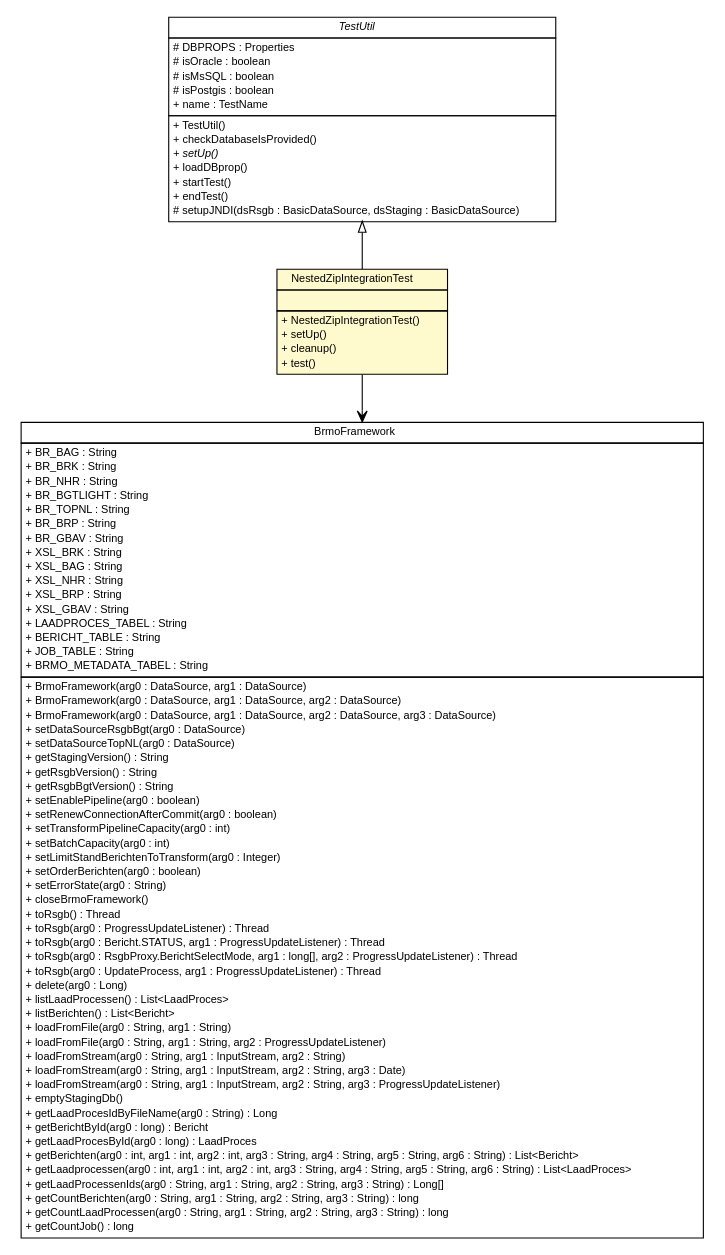
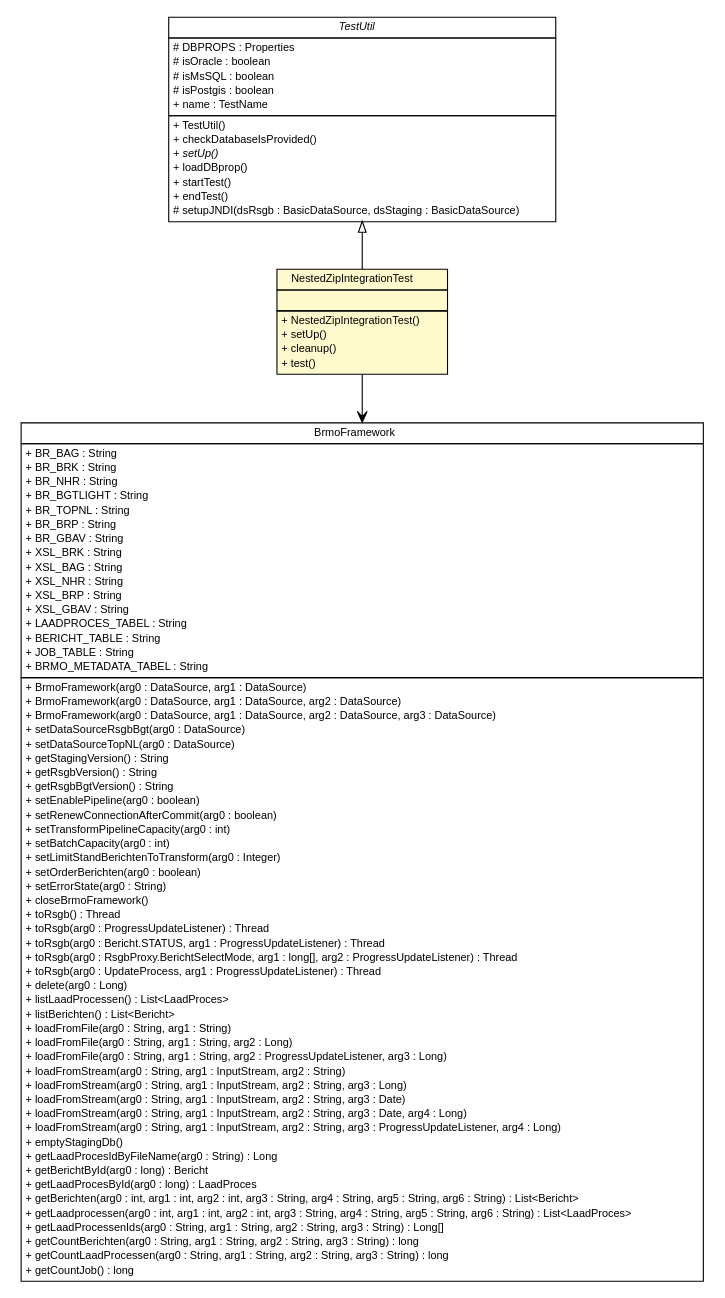
Before and after one commit to B3Partners/brmo: the diagram in brmo-service/testapidocs/nl/b3p/brmo/zip/NestedZipIntegrationTest.dot, drawn with Graphviz. The commit also changed 4551 other files, not shown here.

```diff
--- a/brmo-service/testapidocs/nl/b3p/brmo/zip/NestedZipIntegrationTest.dot
+++ b/brmo-service/testapidocs/nl/b3p/brmo/zip/NestedZipIntegrationTest.dot
@@ -1,118 +1,121 @@
 #!/usr/local/bin/dot
 #
 # Class diagram 
 # Generated by UMLGraph version R5_6-24-gf6e263 (http://www.umlgraph.org/)
 #
 
 digraph G {
 	edge [fontname="Helvetica",fontsize=10,labelfontname="Helvetica",labelfontsize=10];
 	node [fontname="Helvetica",fontsize=10,shape=plaintext];
 	nodesep=0.25;
 	ranksep=0.5;
 	// nl.b3p.brmo.zip.NestedZipIntegrationTest
 	c101 [label=<<table title="nl.b3p.brmo.zip.NestedZipIntegrationTest" border="0" cellborder="1" cellspacing="0" cellpadding="2" port="p" bgcolor="lemonChiffon" href="./NestedZipIntegrationTest.html">
 		<tr><td><table border="0" cellspacing="0" cellpadding="1">
 <tr><td align="center" balign="center"> NestedZipIntegrationTest </td></tr>
 		</table></td></tr>
 		<tr><td><table border="0" cellspacing="0" cellpadding="1">
 <tr><td align="left" balign="left">  </td></tr>
 		</table></td></tr>
 		<tr><td><table border="0" cellspacing="0" cellpadding="1">
 <tr><td align="left" balign="left"> + NestedZipIntegrationTest() </td></tr>
 <tr><td align="left" balign="left"> + setUp() </td></tr>
 <tr><td align="left" balign="left"> + cleanup() </td></tr>
 <tr><td align="left" balign="left"> + test() </td></tr>
 		</table></td></tr>
 		</table>>, URL="./NestedZipIntegrationTest.html", fontname="Helvetica", fontcolor="black", fontsize=10.0];
 	// nl.b3p.brmo.service.testutil.TestUtil
 	c104 [label=<<table title="nl.b3p.brmo.service.testutil.TestUtil" border="0" cellborder="1" cellspacing="0" cellpadding="2" port="p" href="../service/testutil/TestUtil.html">
 		<tr><td><table border="0" cellspacing="0" cellpadding="1">
 <tr><td align="center" balign="center"><font face="Helvetica-Oblique"> TestUtil </font></td></tr>
 		</table></td></tr>
 		<tr><td><table border="0" cellspacing="0" cellpadding="1">
 <tr><td align="left" balign="left"> # DBPROPS : Properties </td></tr>
 <tr><td align="left" balign="left"> # isOracle : boolean </td></tr>
 <tr><td align="left" balign="left"> # isMsSQL : boolean </td></tr>
 <tr><td align="left" balign="left"> # isPostgis : boolean </td></tr>
 <tr><td align="left" balign="left"> + name : TestName </td></tr>
 		</table></td></tr>
 		<tr><td><table border="0" cellspacing="0" cellpadding="1">
 <tr><td align="left" balign="left"> + TestUtil() </td></tr>
 <tr><td align="left" balign="left"> + checkDatabaseIsProvided() </td></tr>
 <tr><td align="left" balign="left"><font face="Helvetica-Oblique" point-size="10.0"> + setUp() </font></td></tr>
 <tr><td align="left" balign="left"> + loadDBprop() </td></tr>
 <tr><td align="left" balign="left"> + startTest() </td></tr>
 <tr><td align="left" balign="left"> + endTest() </td></tr>
 <tr><td align="left" balign="left"> # setupJNDI(dsRsgb : BasicDataSource, dsStaging : BasicDataSource) </td></tr>
 		</table></td></tr>
 		</table>>, URL="../service/testutil/TestUtil.html", fontname="Helvetica", fontcolor="black", fontsize=10.0];
 	//nl.b3p.brmo.zip.NestedZipIntegrationTest extends nl.b3p.brmo.service.testutil.TestUtil
 	c104:p -> c101:p [dir=back,arrowtail=empty];
 	// nl.b3p.brmo.zip.NestedZipIntegrationTest NAVASSOC nl.b3p.brmo.loader.BrmoFramework
 	c101:p -> c109:p [taillabel="", label="", headlabel="", fontname="Helvetica", fontcolor="black", fontsize=10.0, color="black", arrowhead=open];
 	// nl.b3p.brmo.loader.BrmoFramework
 	c109 [label=<<table title="nl.b3p.brmo.loader.BrmoFramework" border="0" cellborder="1" cellspacing="0" cellpadding="2" port="p">
 		<tr><td><table border="0" cellspacing="0" cellpadding="1">
 <tr><td align="center" balign="center"> BrmoFramework </td></tr>
 		</table></td></tr>
 		<tr><td><table border="0" cellspacing="0" cellpadding="1">
 <tr><td align="left" balign="left"> + BR_BAG : String </td></tr>
 <tr><td align="left" balign="left"> + BR_BRK : String </td></tr>
 <tr><td align="left" balign="left"> + BR_NHR : String </td></tr>
 <tr><td align="left" balign="left"> + BR_BGTLIGHT : String </td></tr>
 <tr><td align="left" balign="left"> + BR_TOPNL : String </td></tr>
 <tr><td align="left" balign="left"> + BR_BRP : String </td></tr>
 <tr><td align="left" balign="left"> + BR_GBAV : String </td></tr>
 <tr><td align="left" balign="left"> + XSL_BRK : String </td></tr>
 <tr><td align="left" balign="left"> + XSL_BAG : String </td></tr>
 <tr><td align="left" balign="left"> + XSL_NHR : String </td></tr>
 <tr><td align="left" balign="left"> + XSL_BRP : String </td></tr>
 <tr><td align="left" balign="left"> + XSL_GBAV : String </td></tr>
 <tr><td align="left" balign="left"> + LAADPROCES_TABEL : String </td></tr>
 <tr><td align="left" balign="left"> + BERICHT_TABLE : String </td></tr>
 <tr><td align="left" balign="left"> + JOB_TABLE : String </td></tr>
 <tr><td align="left" balign="left"> + BRMO_METADATA_TABEL : String </td></tr>
 		</table></td></tr>
 		<tr><td><table border="0" cellspacing="0" cellpadding="1">
 <tr><td align="left" balign="left"> + BrmoFramework(arg0 : DataSource, arg1 : DataSource) </td></tr>
 <tr><td align="left" balign="left"> + BrmoFramework(arg0 : DataSource, arg1 : DataSource, arg2 : DataSource) </td></tr>
 <tr><td align="left" balign="left"> + BrmoFramework(arg0 : DataSource, arg1 : DataSource, arg2 : DataSource, arg3 : DataSource) </td></tr>
 <tr><td align="left" balign="left"> + setDataSourceRsgbBgt(arg0 : DataSource) </td></tr>
 <tr><td align="left" balign="left"> + setDataSourceTopNL(arg0 : DataSource) </td></tr>
 <tr><td align="left" balign="left"> + getStagingVersion() : String </td></tr>
 <tr><td align="left" balign="left"> + getRsgbVersion() : String </td></tr>
 <tr><td align="left" balign="left"> + getRsgbBgtVersion() : String </td></tr>
 <tr><td align="left" balign="left"> + setEnablePipeline(arg0 : boolean) </td></tr>
 <tr><td align="left" balign="left"> + setRenewConnectionAfterCommit(arg0 : boolean) </td></tr>
 <tr><td align="left" balign="left"> + setTransformPipelineCapacity(arg0 : int) </td></tr>
 <tr><td align="left" balign="left"> + setBatchCapacity(arg0 : int) </td></tr>
 <tr><td align="left" balign="left"> + setLimitStandBerichtenToTransform(arg0 : Integer) </td></tr>
 <tr><td align="left" balign="left"> + setOrderBerichten(arg0 : boolean) </td></tr>
 <tr><td align="left" balign="left"> + setErrorState(arg0 : String) </td></tr>
 <tr><td align="left" balign="left"> + closeBrmoFramework() </td></tr>
 <tr><td align="left" balign="left"> + toRsgb() : Thread </td></tr>
 <tr><td align="left" balign="left"> + toRsgb(arg0 : ProgressUpdateListener) : Thread </td></tr>
 <tr><td align="left" balign="left"> + toRsgb(arg0 : Bericht.STATUS, arg1 : ProgressUpdateListener) : Thread </td></tr>
 <tr><td align="left" balign="left"> + toRsgb(arg0 : RsgbProxy.BerichtSelectMode, arg1 : long[], arg2 : ProgressUpdateListener) : Thread </td></tr>
 <tr><td align="left" balign="left"> + toRsgb(arg0 : UpdateProcess, arg1 : ProgressUpdateListener) : Thread </td></tr>
 <tr><td align="left" balign="left"> + delete(arg0 : Long) </td></tr>
 <tr><td align="left" balign="left"> + listLaadProcessen() : List&lt;LaadProces&gt; </td></tr>
 <tr><td align="left" balign="left"> + listBerichten() : List&lt;Bericht&gt; </td></tr>
 <tr><td align="left" balign="left"> + loadFromFile(arg0 : String, arg1 : String) </td></tr>
-<tr><td align="left" balign="left"> + loadFromFile(arg0 : String, arg1 : String, arg2 : ProgressUpdateListener) </td></tr>
+<tr><td align="left" balign="left"> + loadFromFile(arg0 : String, arg1 : String, arg2 : Long) </td></tr>
+<tr><td align="left" balign="left"> + loadFromFile(arg0 : String, arg1 : String, arg2 : ProgressUpdateListener, arg3 : Long) </td></tr>
 <tr><td align="left" balign="left"> + loadFromStream(arg0 : String, arg1 : InputStream, arg2 : String) </td></tr>
+<tr><td align="left" balign="left"> + loadFromStream(arg0 : String, arg1 : InputStream, arg2 : String, arg3 : Long) </td></tr>
 <tr><td align="left" balign="left"> + loadFromStream(arg0 : String, arg1 : InputStream, arg2 : String, arg3 : Date) </td></tr>
-<tr><td align="left" balign="left"> + loadFromStream(arg0 : String, arg1 : InputStream, arg2 : String, arg3 : ProgressUpdateListener) </td></tr>
+<tr><td align="left" balign="left"> + loadFromStream(arg0 : String, arg1 : InputStream, arg2 : String, arg3 : Date, arg4 : Long) </td></tr>
+<tr><td align="left" balign="left"> + loadFromStream(arg0 : String, arg1 : InputStream, arg2 : String, arg3 : ProgressUpdateListener, arg4 : Long) </td></tr>
 <tr><td align="left" balign="left"> + emptyStagingDb() </td></tr>
 <tr><td align="left" balign="left"> + getLaadProcesIdByFileName(arg0 : String) : Long </td></tr>
 <tr><td align="left" balign="left"> + getBerichtById(arg0 : long) : Bericht </td></tr>
 <tr><td align="left" balign="left"> + getLaadProcesById(arg0 : long) : LaadProces </td></tr>
 <tr><td align="left" balign="left"> + getBerichten(arg0 : int, arg1 : int, arg2 : int, arg3 : String, arg4 : String, arg5 : String, arg6 : String) : List&lt;Bericht&gt; </td></tr>
 <tr><td align="left" balign="left"> + getLaadprocessen(arg0 : int, arg1 : int, arg2 : int, arg3 : String, arg4 : String, arg5 : String, arg6 : String) : List&lt;LaadProces&gt; </td></tr>
 <tr><td align="left" balign="left"> + getLaadProcessenIds(arg0 : String, arg1 : String, arg2 : String, arg3 : String) : Long[] </td></tr>
 <tr><td align="left" balign="left"> + getCountBerichten(arg0 : String, arg1 : String, arg2 : String, arg3 : String) : long </td></tr>
 <tr><td align="left" balign="left"> + getCountLaadProcessen(arg0 : String, arg1 : String, arg2 : String, arg3 : String) : long </td></tr>
 <tr><td align="left" balign="left"> + getCountJob() : long </td></tr>
 		</table></td></tr>
 		</table>>, URL="null", fontname="Helvetica", fontcolor="black", fontsize=10.0];
 }
```
